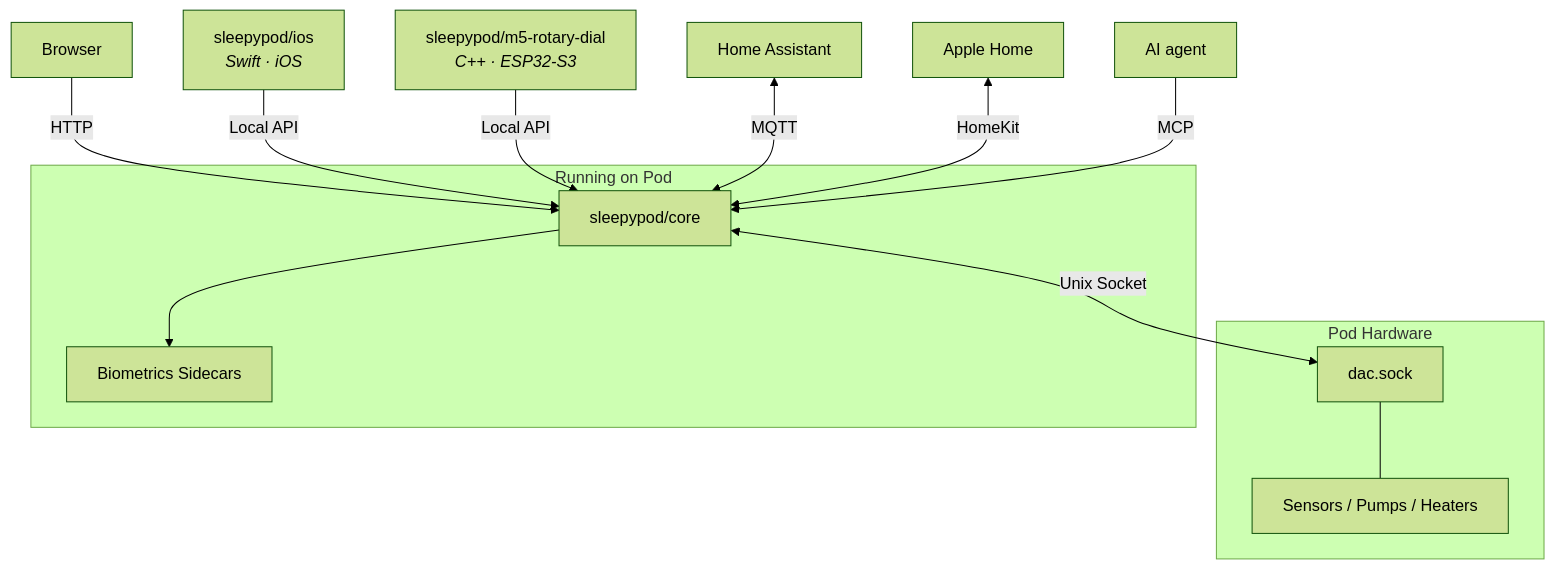
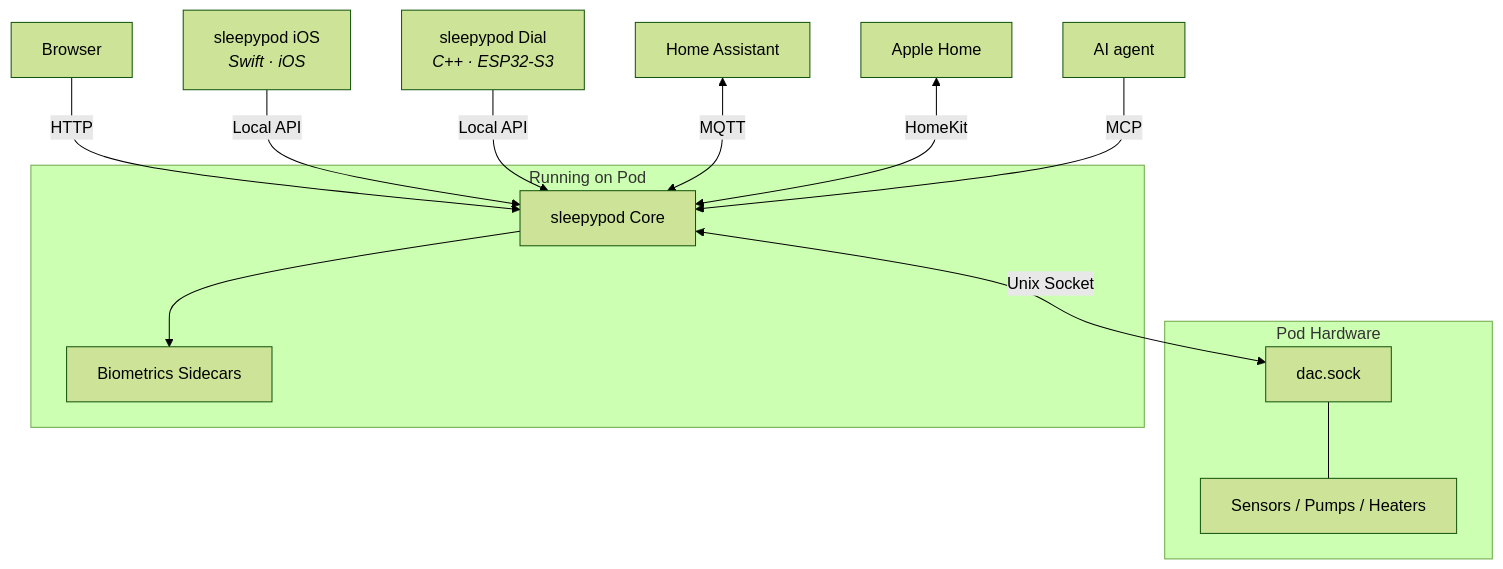
The diagram in profile/README.md (sleepypod/.github), drawn with Mermaid (forest theme) before and after one commit. The commit also changed other lines of this file, not shown here.

Commit message:
docs: use sleepypod product names in the org profile (#3)

````diff
--- a/profile/README.md
+++ b/profile/README.md
@@ -35,30 +37,30 @@
 ```mermaid
 graph TD
     subgraph Pod ["Pod Hardware"]
         HW["Sensors / Pumps / Heaters"]
         DAC["dac.sock"]
     end
 
     subgraph OnPod ["Running on Pod"]
-        CORE["sleepypod/core"]
+        CORE["sleepypod Core"]
         BIO["Biometrics Sidecars"]
     end
 
     BROWSER["Browser"]
-    IOS["sleepypod/ios<br/><i>Swift · iOS</i>"]
-    DIAL["sleepypod/m5-rotary-dial<br/><i>C++ · ESP32-S3</i>"]
+    IOS["sleepypod iOS<br/><i>Swift · iOS</i>"]
+    DIAL["sleepypod Dial<br/><i>C++ · ESP32-S3</i>"]
     HA["Home Assistant"]
     HOME["Apple Home"]
     AGENT["AI agent"]
 
     BROWSER -- "HTTP" --> CORE
     IOS -- "Local API" --> CORE
     DIAL -- "Local API" --> CORE
     HA <-- "MQTT" --> CORE
     HOME <-- "HomeKit" --> CORE
     AGENT -- "MCP" --> CORE
 
     CORE <-- "Unix Socket" --> DAC
     CORE --> BIO
     DAC --- HW
 ```
````
